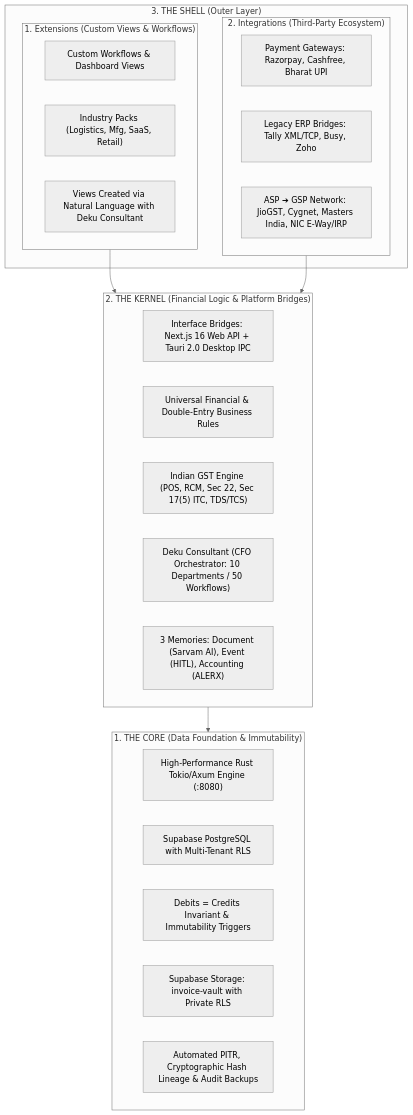
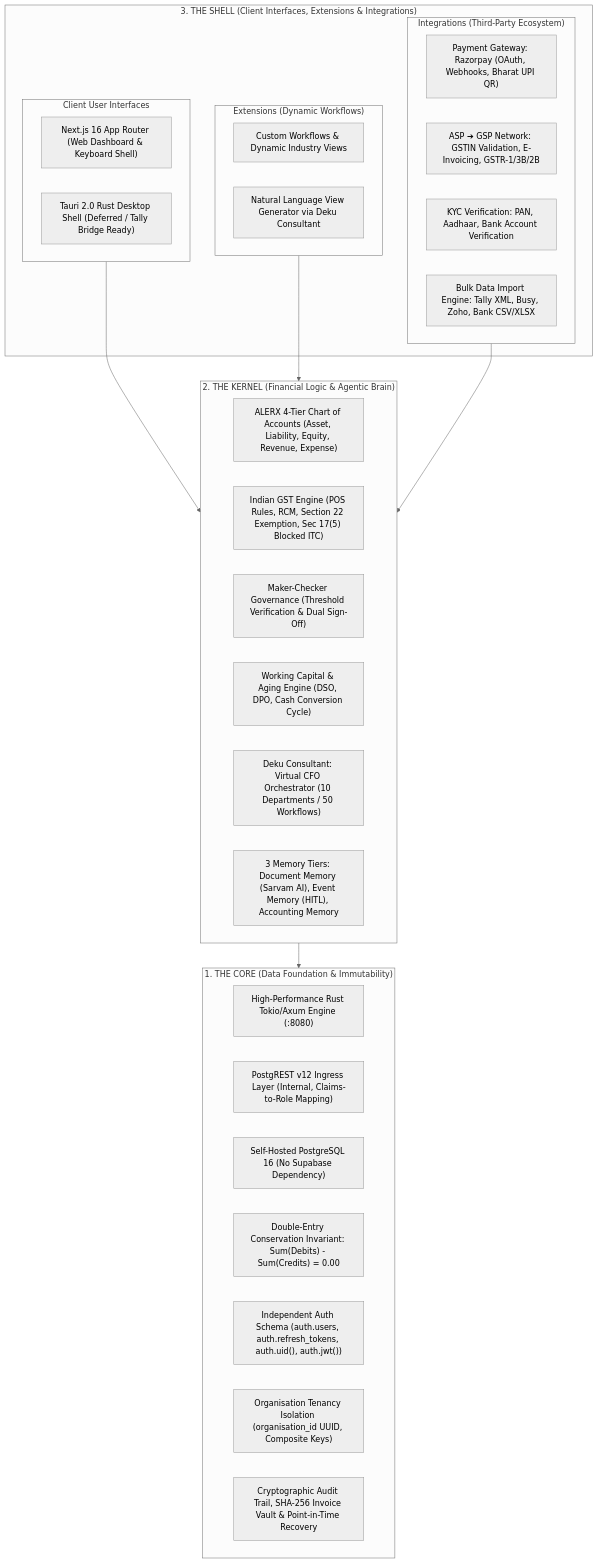
One commit to Medhansh-K/Deku-Finance changed the first of 2 diagrams in docs/DEKU_CORE_KERNEL_SHELL_ARCHITECTURE.md. Above: the diagram before and after it, drawn with Mermaid (neutral theme). The commit also changed other lines of this file and 30 other files, not shown here.

Commit message:
feat: complete runtime baseline validation, keyboard navigation refactor, and architecture docs

````diff
--- a/docs/DEKU_CORE_KERNEL_SHELL_ARCHITECTURE.md
+++ b/docs/DEKU_CORE_KERNEL_SHELL_ARCHITECTURE.md
@@ -15,35 +16,43 @@
 ```mermaid
 graph TD
-    subgraph SHELL ["3. THE SHELL (Outer Layer)"]
-        subgraph ShellExt ["1. Extensions (Custom Views & Workflows)"]
-            CustomViews["Custom Workflows & Dashboard Views"]
-            IndustryPacks["Industry Packs (Logistics, Mfg, SaaS, Retail)"]
-            ConsultantGen["Views Created via Natural Language with Deku Consultant"]
+    subgraph SHELL ["3. THE SHELL (Client Interfaces, Extensions & Integrations)"]
+        subgraph ShellUI ["Client User Interfaces"]
+            WebUI["Next.js 16 App Router (Web Dashboard & Keyboard Shell)"]
+            DesktopUI["Tauri 2.0 Rust Desktop Shell (Deferred / Tally Bridge Ready)"]
         end
-        subgraph ShellInt ["2. Integrations (Third-Party Ecosystem)"]
-            PG["Payment Gateways: Razorpay, Cashfree, Bharat UPI"]
-            Legacy["Legacy ERP Bridges: Tally XML/TCP, Busy, Zoho"]
-            ASPGSP["ASP ➔ GSP Network: JioGST, Cygnet, Masters India, NIC E-Way/IRP"]
+        subgraph ShellExt ["Extensions (Dynamic Workflows)"]
+            CustomViews["Custom Workflows & Dynamic Industry Views"]
+            ConsultantGen["Natural Language View Generator via Deku Consultant"]
+        end
+        subgraph ShellInt ["Integrations (Third-Party Ecosystem)"]
+            PG["Payment Gateway: Razorpay (OAuth, Webhooks, Bharat UPI QR)"]
+            GSP["ASP ➔ GSP Network: GSTIN Validation, E-Invoicing, GSTR-1/3B/2B"]
+            KYC["KYC Verification: PAN, Aadhaar, Bank Account Verification"]
+            Imports["Bulk Data Import Engine: Tally XML, Busy, Zoho, Bank CSV/XLSX"]
         end
     end
 
-    subgraph KERNEL ["2. THE KERNEL (Financial Logic & Platform Bridges)"]
-        PlatformBridge["Interface Bridges: Next.js 16 Web API + Tauri 2.0 Desktop IPC"]
-        FinLogic["Universal Financial & Double-Entry Business Rules"]
-        TaxEngine["Indian GST Engine (POS, RCM, Sec 22, Sec 17(5) ITC, TDS/TCS)"]
-        AgenticCFO["Deku Consultant (CFO Orchestrator: 10 Departments / 50 Workflows)"]
-        MemoryLayers["3 Memories: Document (Sarvam AI), Event (HITL), Accounting (ALERX)"]
+    subgraph KERNEL ["2. THE KERNEL (Financial Logic & Agentic Brain)"]
+        FinLogic["ALERX 4-Tier Chart of Accounts (Asset, Liability, Equity, Revenue, Expense)"]
+        TaxEngine["Indian GST Engine (POS Rules, RCM, Section 22 Exemption, Sec 17(5) Blocked ITC)"]
+        MakerChecker["Maker-Checker Governance (Threshold Verification & Dual Sign-Off)"]
+        AgingEngine["Working Capital & Aging Engine (DSO, DPO, Cash Conversion Cycle)"]
+        AgenticCFO["Deku Consultant: Virtual CFO Orchestrator (10 Departments / 50 Workflows)"]
+        MemoryLayers["3 Memory Tiers: Document Memory (Sarvam AI), Event Memory (HITL), Accounting Memory"]
     end
 
     subgraph CORE ["1. THE CORE (Data Foundation & Immutability)"]
         RustEngine["High-Performance Rust Tokio/Axum Engine (:8080)"]
-        PgDB["Supabase PostgreSQL with Multi-Tenant RLS"]
-        LedgerTriggers["Debits = Credits Invariant & Immutability Triggers"]
-        VaultStorage["Supabase Storage: invoice-vault with Private RLS"]
-        BackupEngine["Automated PITR, Cryptographic Hash Lineage & Audit Backups"]
+        PostgREST["PostgREST v12 Ingress Layer (Internal, Claims-to-Role Mapping)"]
+        PostgresDB["Self-Hosted PostgreSQL 16 (No Supabase Dependency)"]
+        LedgerTriggers["Double-Entry Conservation Invariant: Sum(Debits) - Sum(Credits) = 0.00"]
+        AuthSchema["Independent Auth Schema (auth.users, auth.refresh_tokens, auth.uid(), auth.jwt())"]
+        RLSTenancy["Organisation Tenancy Isolation (organisation_id UUID, Composite Keys)"]
+        AuditVault["Cryptographic Audit Trail, SHA-256 Invoice Vault & Point-in-Time Recovery"]
     end
 
+    ShellUI --> KERNEL
     ShellExt --> KERNEL
     ShellInt --> KERNEL
     KERNEL --> CORE
 ```
````
